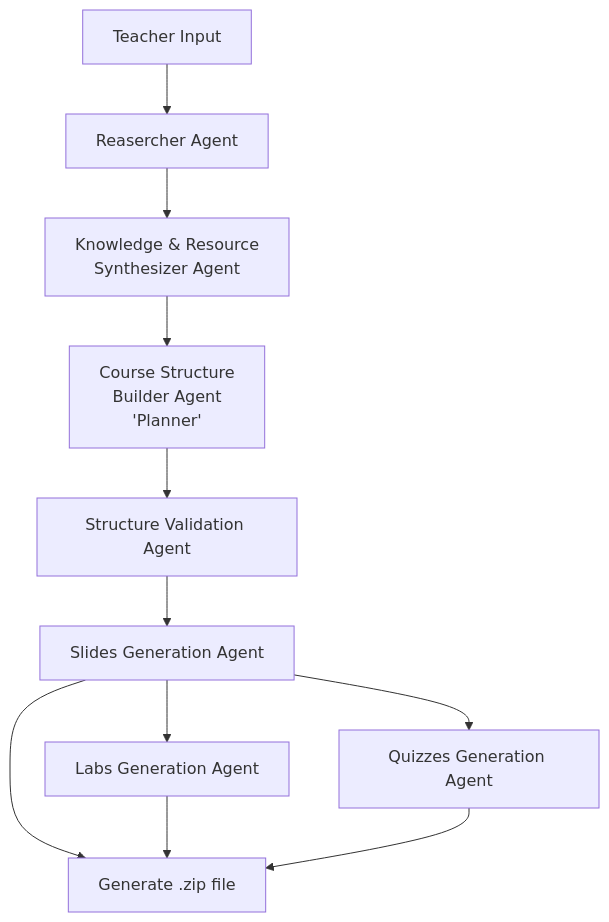
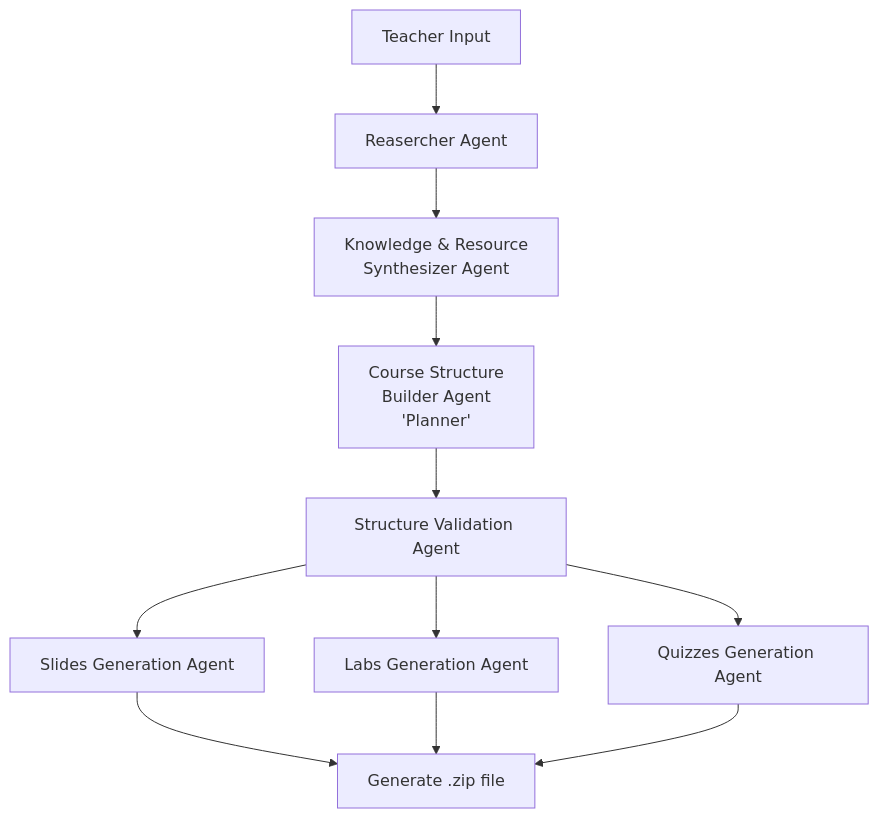
Before and after one commit to noura05x/Minhaj: the diagram in README.md, drawn with Mermaid.

Commit message:
README Updated

````diff
--- a/README.md
+++ b/README.md
@@ -24,15 +24,15 @@
 ```mermaid
 graph TD;
     A[Teacher Input] --> B[Reasercher Agent];
     B --> C[Knowledge & Resource<br/> Synthesizer Agent];
     C --> D[Course Structure <br/>Builder Agent <br/>'Planner'];
     D --> E[Structure Validation Agent];
     E --> F[Slides Generation Agent];
-    F --> G[Labs Generation Agent];
-    F --> H[Quizzes Generation Agent];
+    E --> G[Labs Generation Agent];
+    E --> H[Quizzes Generation Agent];
 	F --> I[Generate .zip file];
 	G --> I;
 	H --> I;
 	
 
 ```
````
